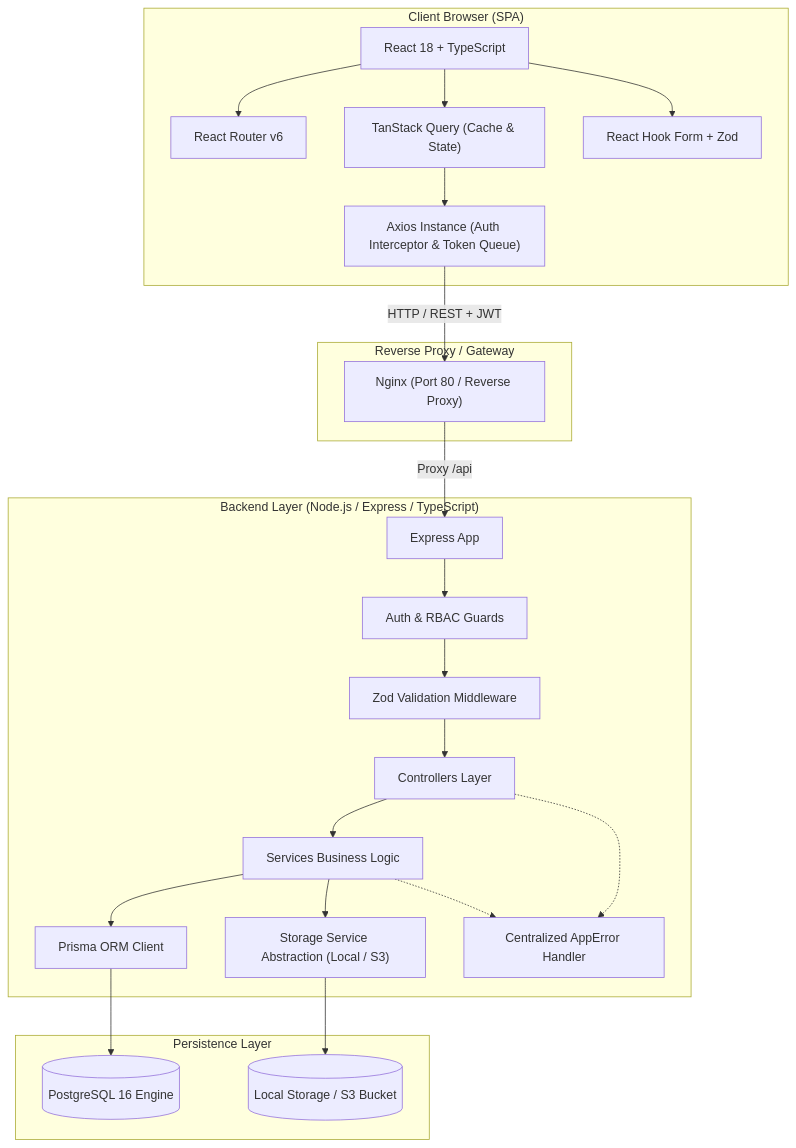
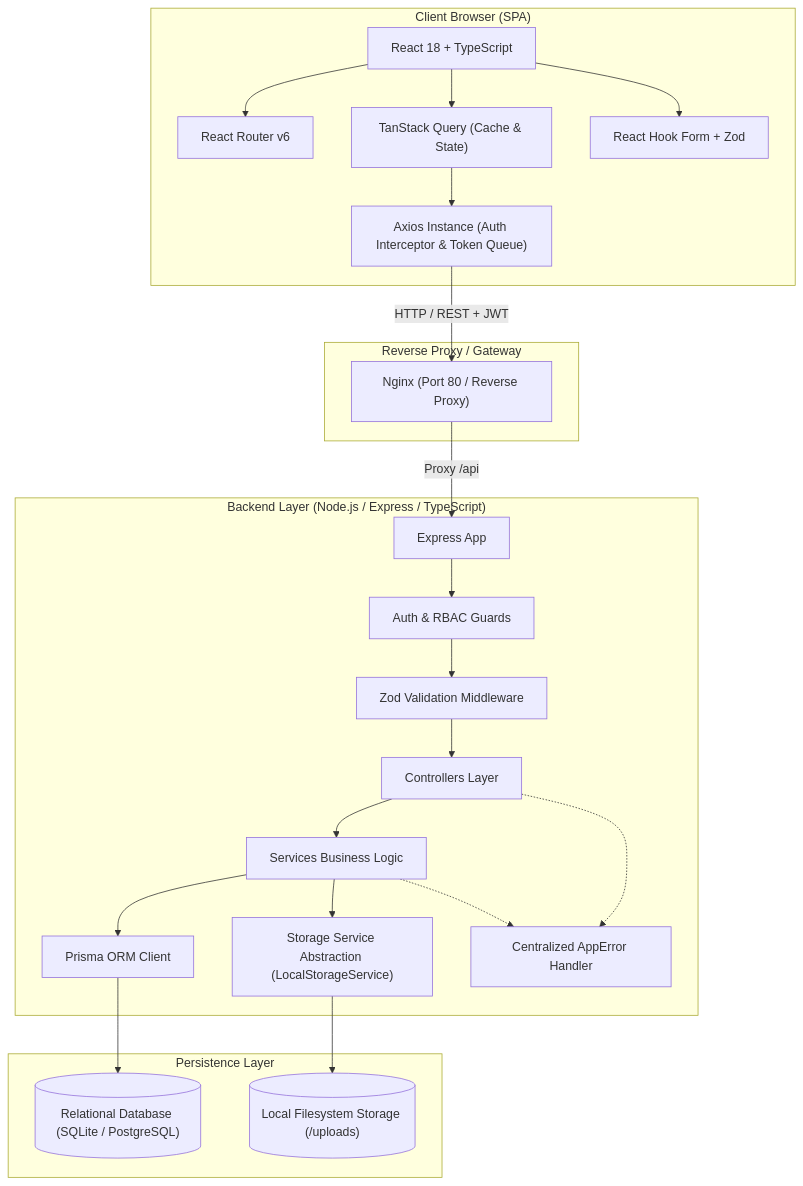
Before and after one commit to vaibhavsam12/clientflow: the first of 2 diagrams in ARCHITECTURE.md, drawn with Mermaid. The commit also changed other lines of this file and 7 other files, not shown here.

Commit message:
docs: reconcile architecture and sanitize configuration for recruiter review

````diff
--- a/ARCHITECTURE.md
+++ b/ARCHITECTURE.md
@@ -10,45 +10,45 @@
 ```mermaid
 graph TB
   subgraph Client ["Client Browser (SPA)"]
     UI["React 18 + TypeScript"]
     Rtr["React Router v6"]
     TQ["TanStack Query (Cache & State)"]
     RHF["React Hook Form + Zod"]
     Ax["Axios Instance (Auth Interceptor & Token Queue)"]
     UI --> Rtr
     UI --> TQ
     UI --> RHF
     TQ --> Ax
   end
 
   subgraph Gateway ["Reverse Proxy / Gateway"]
     Nginx["Nginx (Port 80 / Reverse Proxy)"]
   end
 
   subgraph API ["Backend Layer (Node.js / Express / TypeScript)"]
     App["Express App"]
     AuthMw["Auth & RBAC Guards"]
     ValMw["Zod Validation Middleware"]
     Ctrl["Controllers Layer"]
     Svc["Services Business Logic"]
-    Storage["Storage Service Abstraction (Local / S3)"]
+    Storage["Storage Service Abstraction (LocalStorageService)"]
     Prisma["Prisma ORM Client"]
     Err["Centralized AppError Handler"]
 
     App --> AuthMw --> ValMw --> Ctrl --> Svc
     Svc --> Prisma
     Svc --> Storage
     Ctrl -.-> Err
     Svc -.-> Err
   end
 
   subgraph Persistence ["Persistence Layer"]
-    DB[("PostgreSQL 16 Engine")]
-    Disk[("Local Storage / S3 Bucket")]
+    DB[("Relational Database (SQLite / PostgreSQL)")]
+    Disk[("Local Filesystem Storage (/uploads)")]
   end
 
   Ax -->|HTTP / REST + JWT| Nginx
   Nginx -->|Proxy /api| App
   Prisma --> DB
   Storage --> Disk
 ```
````
